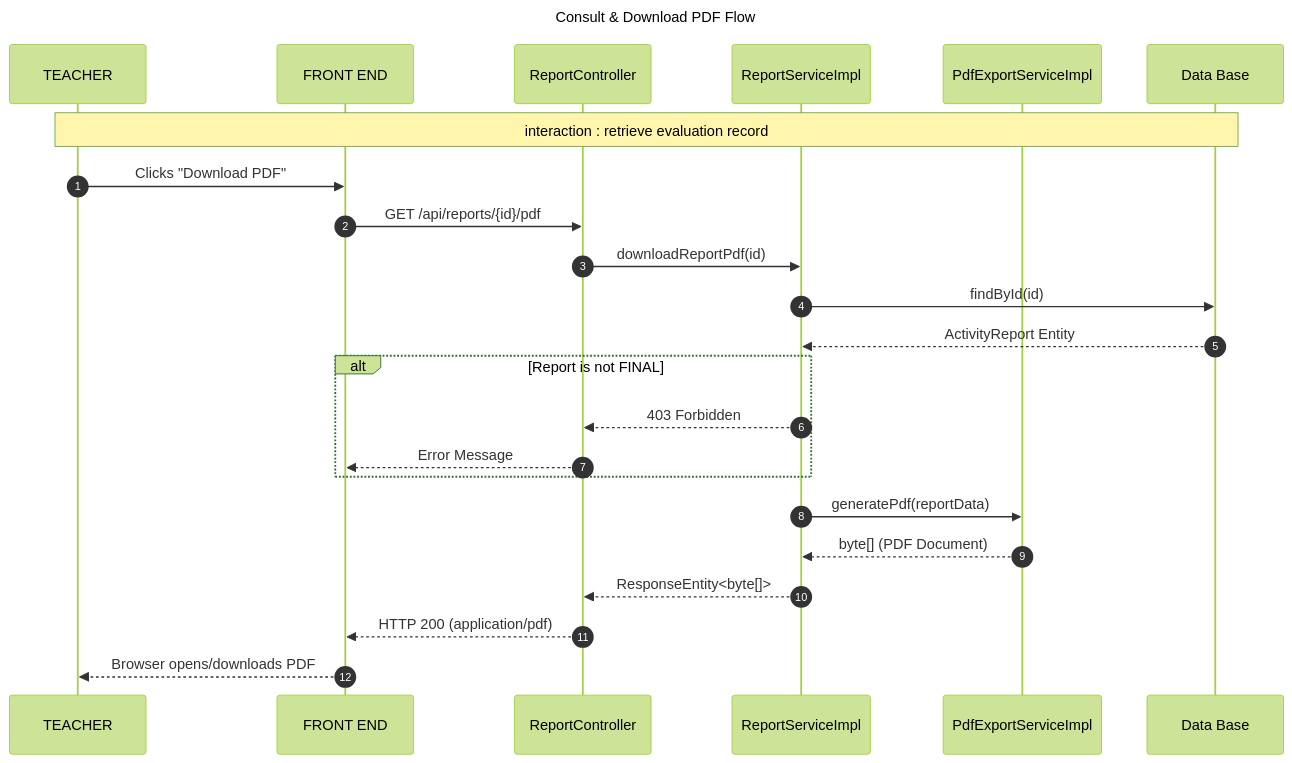
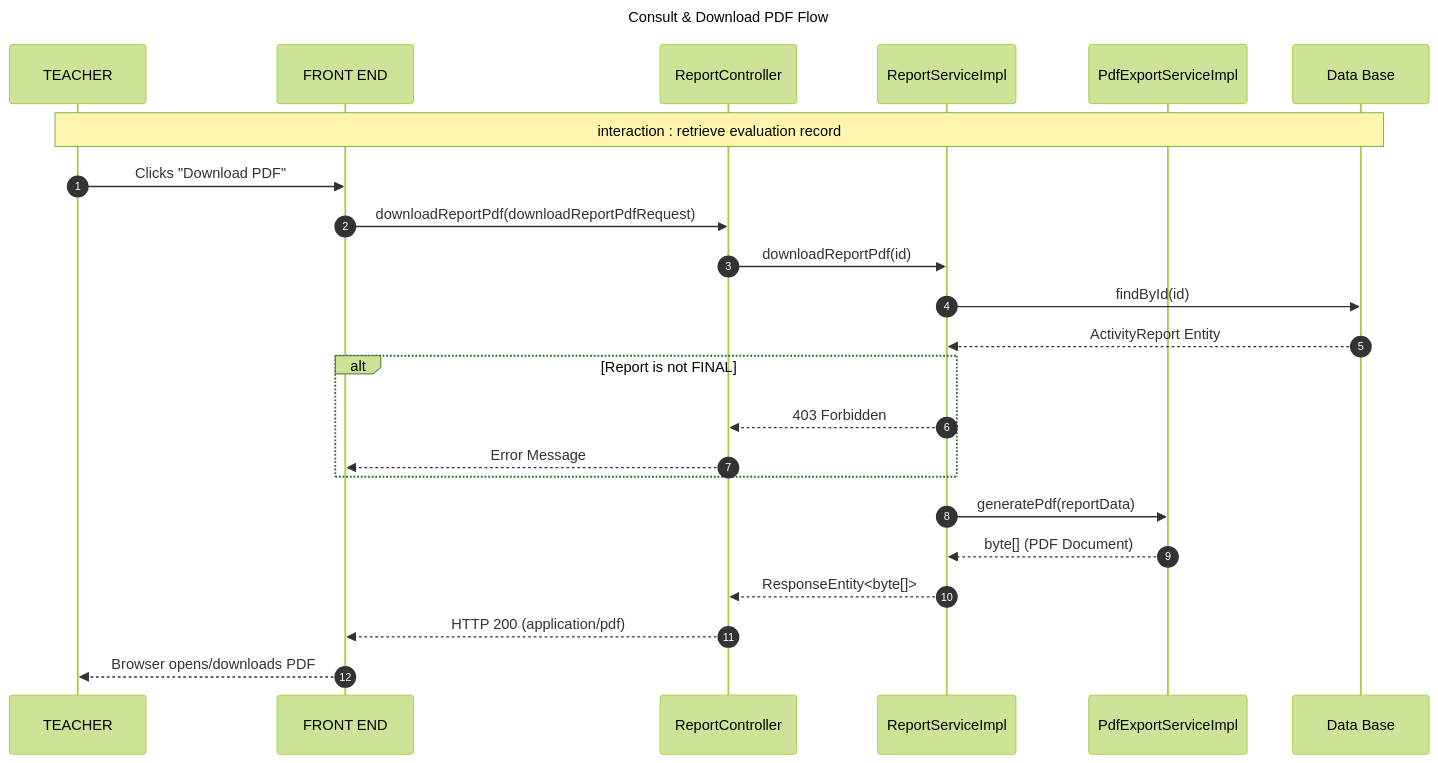
The fourth of 5 diagrams in uml_diagrams/sprint_2_sequences.md (chbichibsofiene/inspector), drawn with Mermaid (forest theme) before and after one commit. The commit also changed other lines of this file and 145 other files, not shown here.

Commit message:
Integrated mobile app, updated UI elements, and synced all UML diagrams with backend implementation

````diff
--- a/uml_diagrams/sprint_2_sequences.md
+++ b/uml_diagrams/sprint_2_sequences.md
@@ -119,32 +119,32 @@
 ```mermaid
 sequenceDiagram
     title: Consult & Download PDF Flow
     autonumber
     participant TCH as TEACHER
     participant FE as FRONT END
     participant RC as ReportController
     participant RS as ReportServiceImpl
     participant PS as PdfExportServiceImpl
     participant DB as Data Base
 
     Note over TCH, DB: interaction : retrieve evaluation record
 
     TCH->>FE: Clicks "Download PDF"
-    FE->>RC: GET /api/reports/{id}/pdf
+    FE->>RC: downloadReportPdf(downloadReportPdfRequest)
     RC->>RS: downloadReportPdf(id)
     
     RS->>DB: findById(id)
     DB-->>RS: ActivityReport Entity
 
     alt Report is not FINAL
         RS-->>RC: 403 Forbidden
         RC-->>FE: Error Message
     end
 
     RS->>PS: generatePdf(reportData)
     PS-->>RS: byte[] (PDF Document)
 
     RS-->>RC: ResponseEntity<byte[]>
     RC-->>FE: HTTP 200 (application/pdf)
     FE-->>TCH: Browser opens/downloads PDF
 ```
````
